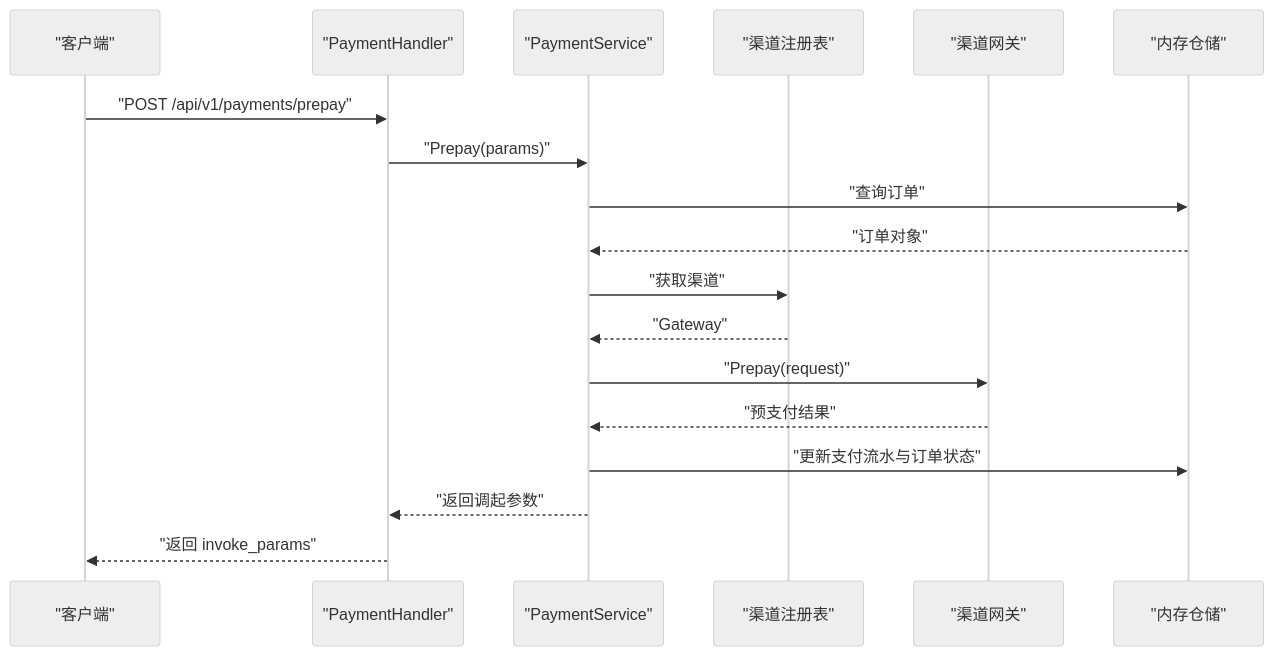
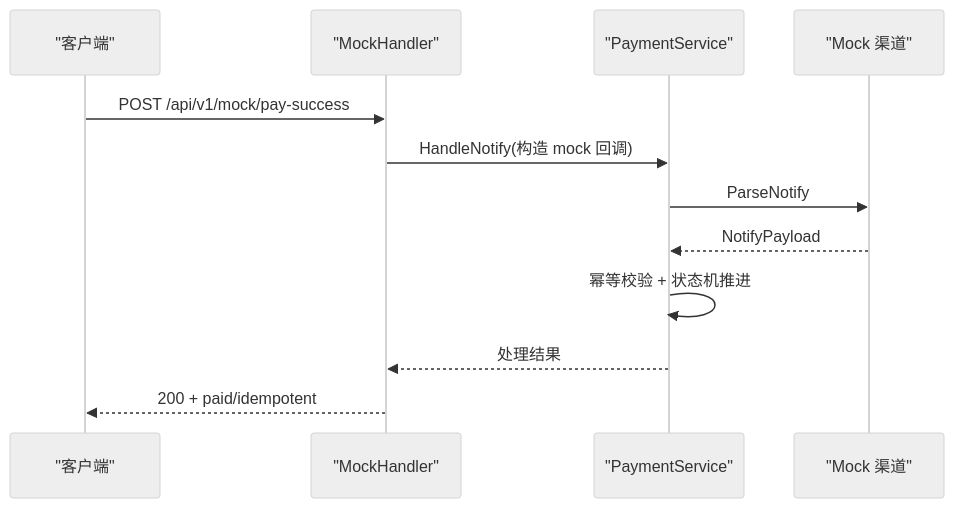
The fourth of 4 diagrams in .qoder/repowiki/zh/content/快速开始.md (gbtdesign/payment), drawn with Mermaid (neutral theme) before and after one commit. The commit also changed other lines of this file and 107 other files, not shown here.

````diff
--- a/.qoder/repowiki/zh/content/快速开始.md
+++ b/.qoder/repowiki/zh/content/快速开始.md
@@ -463,20 +384,14 @@
 ```mermaid
 sequenceDiagram
 participant Client as "客户端"
-participant Handler as "PaymentHandler"
-participant Service as "PaymentService"
-participant Registry as "渠道注册表"
-participant Gateway as "渠道网关"
-participant Repo as "内存仓储"
-Client->>Handler : "POST /api/v1/payments/prepay"
-Handler->>Service : "Prepay(params)"
-Service->>Repo : "查询订单"
-Repo-->>Service : "订单对象"
-Service->>Registry : "获取渠道"
-Registry-->>Service : "Gateway"
-Service->>Gateway : "Prepay(request)"
-Gateway-->>Service : "预支付结果"
-Service->>Repo : "更新支付流水与订单状态"
-Service-->>Handler : "返回调起参数"
-Handler-->>Client : "返回 invoke_params"
+participant MockHandler as "MockHandler"
+participant PaymentSvc as "PaymentService"
+participant Channel as "Mock 渠道"
+Client->>MockHandler : POST /api/v1/mock/pay-success
+MockHandler->>PaymentSvc : HandleNotify(构造 mock 回调)
+PaymentSvc->>Channel : ParseNotify
+Channel-->>PaymentSvc : NotifyPayload
+PaymentSvc->>PaymentSvc : 幂等校验 + 状态机推进
+PaymentSvc-->>MockHandler : 处理结果
+MockHandler-->>Client : 200 + paid/idempotent
 ```
````
